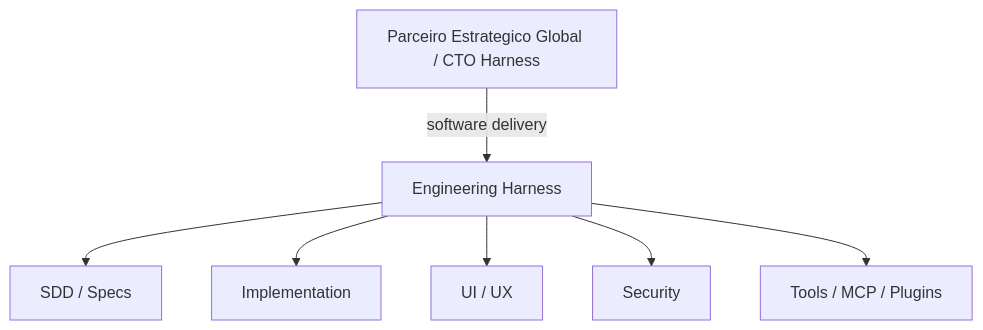
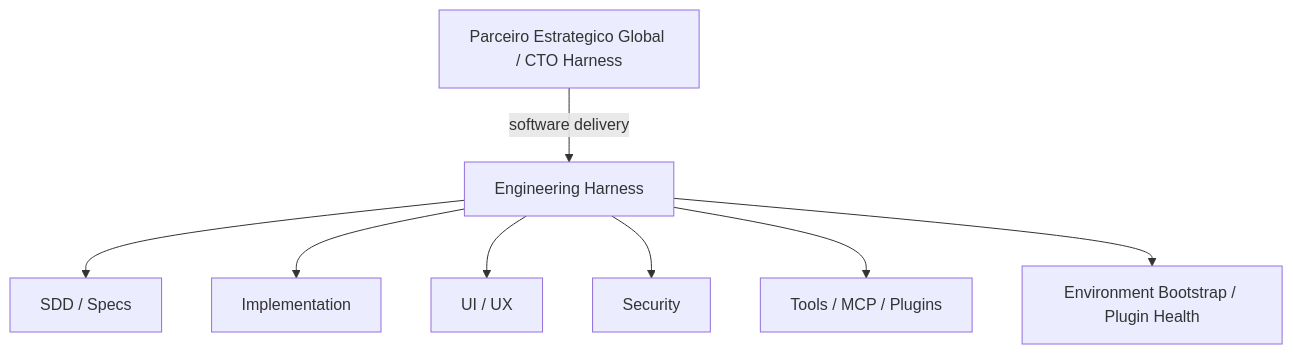
One commit to guilhermedemorais-dev/Dev-workflow changed the diagram in README.md. Above: the diagram before and after it, drawn with Mermaid. The commit also changed other lines of this file and 30 other files, not shown here.

Commit message:
feat: add portable environment bootstrap and plugin health

````diff
--- a/README.md
+++ b/README.md
@@ -142,9 +149,10 @@
 ```mermaid
 flowchart TD
     A[Parceiro Estrategico Global / CTO Harness] -->|software delivery| B[Engineering Harness]
     B --> C[SDD / Specs]
     B --> D[Implementation]
     B --> E[UI / UX]
     B --> F[Security]
     B --> G[Tools / MCP / Plugins]
+    B --> H[Environment Bootstrap / Plugin Health]
 ```
````
